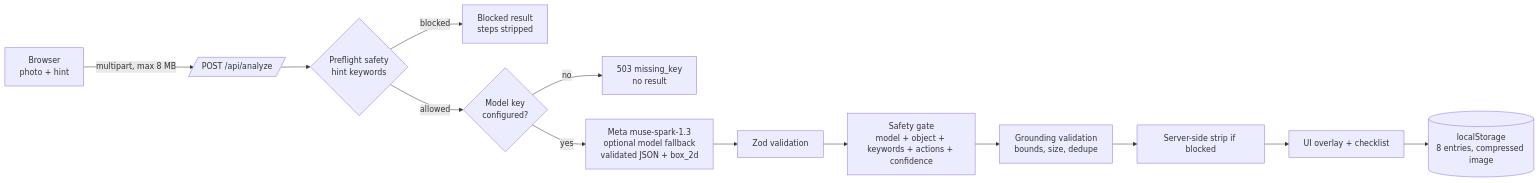
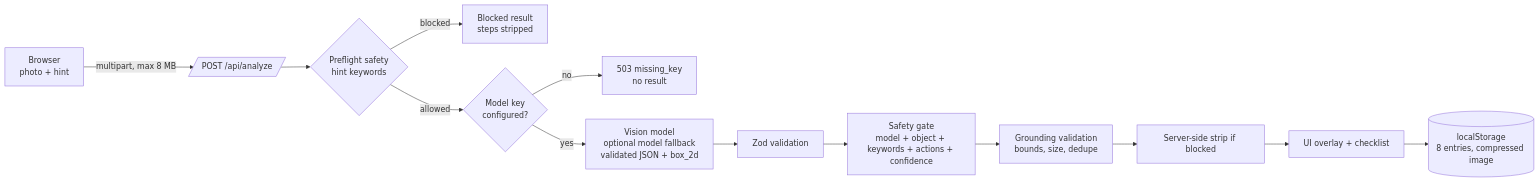
Before and after one commit to Dikaaff/manualmate: the diagram in README.md, drawn with Mermaid. The commit also changed other lines of this file and 18 other files, not shown here.

Commit message:
Use configurable vision model adapter and refresh brand mark

````diff
--- a/README.md
+++ b/README.md
@@ -59,15 +59,15 @@
 ```mermaid
 flowchart LR
   A[Browser<br/>photo + hint] -->|multipart, max 8 MB| B[/POST /api/analyze/]
   B --> C{Preflight safety<br/>hint keywords}
   C -->|blocked| Z[Blocked result<br/>steps stripped]
   C -->|allowed| D{Model key<br/>configured?}
   D -->|no| E[503 missing_key<br/>no result]
-  D -->|yes| F[Meta muse-spark-1.3<br/>optional model fallback<br/>validated JSON + box_2d]
+  D -->|yes| F[Vision model<br/>optional model fallback<br/>validated JSON + box_2d]
   F --> G[Zod validation]
   G --> H[Safety gate<br/>model + object + keywords + actions + confidence]
   H --> I[Grounding validation<br/>bounds, size, dedupe]
   I --> J[Server-side strip if blocked]
   J --> K[UI overlay + checklist]
   K --> L[(localStorage<br/>8 entries, compressed image)]
 ```
````
